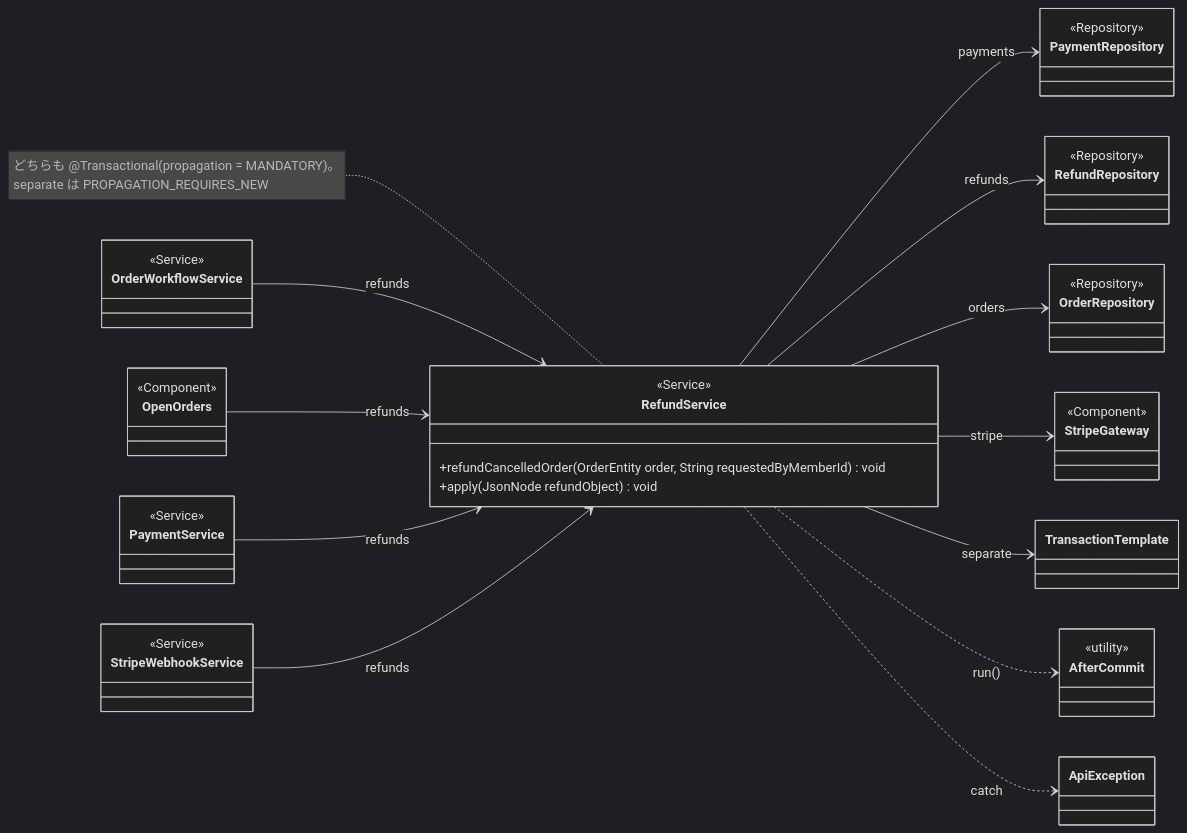
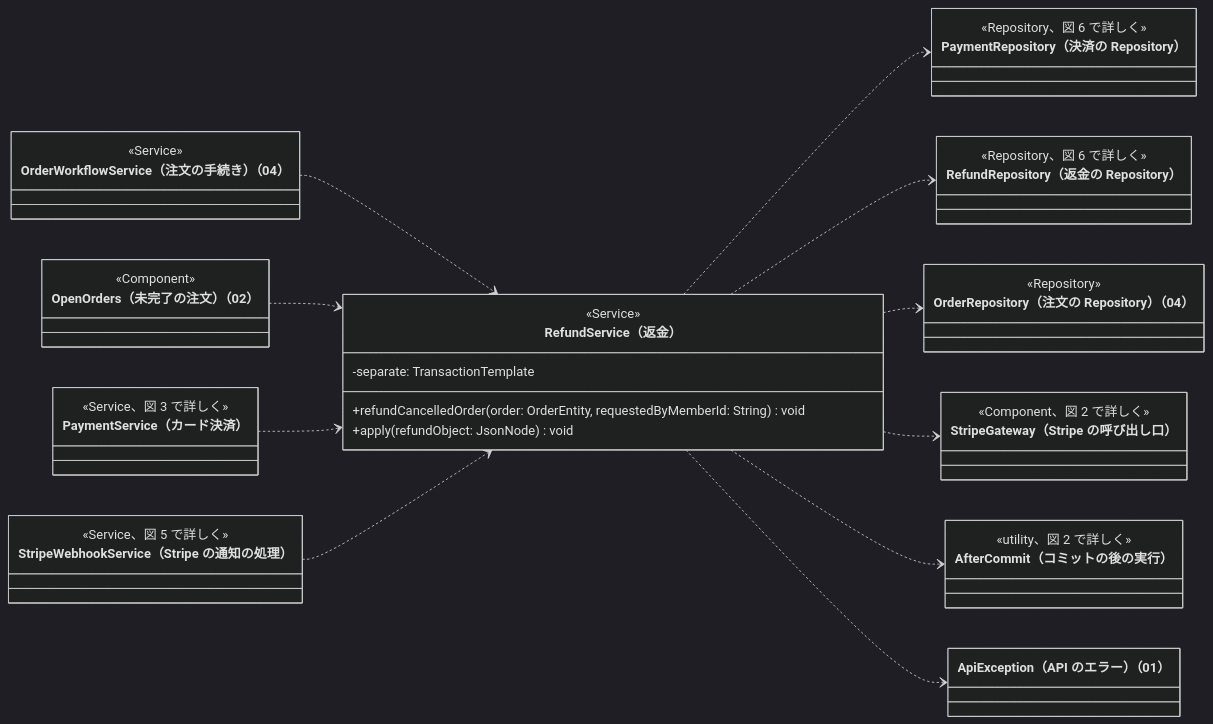
One commit to abeouga/kusakari-document changed the fourth of 6 diagrams in クラス図/kusakari-ec/05_決済.md. Above: the diagram before and after it, drawn with Mermaid (dark theme). The commit also changed other lines of this file and 87 other files, not shown here.

Commit message:
EC のクラス図に全体図を足し、詳細図をデータとモジュールの図に分けて書き直す

````diff
--- a/クラス図/kusakari-ec/05_決済.md
+++ b/クラス図/kusakari-ec/05_決済.md
@@ -276,52 +313,49 @@
 ```mermaid
 classDiagram
-  direction LR
-  class RefundService {
-    <<Service>>
-    +refundCancelledOrder(OrderEntity order, String requestedByMemberId) void
-    +apply(JsonNode refundObject) void
-  }
-  class PaymentRepository {
-    <<Repository>>
-  }
-  class RefundRepository {
-    <<Repository>>
-  }
-  class StripeGateway {
-    <<Component>>
-  }
-  class AfterCommit {
-    <<utility>>
-  }
-  class OrderRepository {
-    <<Repository>>
-  }
-  class TransactionTemplate
-  class OrderWorkflowService {
-    <<Service>>
-  }
-  class OpenOrders {
-    <<Component>>
-  }
-  class PaymentService {
-    <<Service>>
-  }
-  class StripeWebhookService {
-    <<Service>>
-  }
-  class ApiException
+    direction LR
+    class OrderWorkflowService["OrderWorkflowService（注文の手続き）（04）"] {
+        <<Service>>
+    }
+    class OpenOrders["OpenOrders（未完了の注文）（02）"] {
+        <<Component>>
+    }
+    class PaymentService["PaymentService（カード決済）"] {
+        <<Service、図 3 で詳しく>>
+    }
+    class StripeWebhookService["StripeWebhookService（Stripe の通知の処理）"] {
+        <<Service、図 5 で詳しく>>
+    }
+    class RefundService["RefundService（返金）"] {
+        <<Service>>
+        -separate: TransactionTemplate
+        +refundCancelledOrder(order: OrderEntity, requestedByMemberId: String) void
+        +apply(refundObject: JsonNode) void
+    }
+    class PaymentRepository["PaymentRepository（決済の Repository）"] {
+        <<Repository、図 6 で詳しく>>
+    }
+    class RefundRepository["RefundRepository（返金の Repository）"] {
+        <<Repository、図 6 で詳しく>>
+    }
+    class OrderRepository["OrderRepository（注文の Repository）（04）"] {
+        <<Repository>>
+    }
+    class StripeGateway["StripeGateway（Stripe の呼び出し口）"] {
+        <<Component、図 2 で詳しく>>
+    }
+    class AfterCommit["AfterCommit（コミットの後の実行）"] {
+        <<utility、図 2 で詳しく>>
+    }
+    class ApiException["ApiException（API のエラー）（01）"]
 
-  RefundService --> PaymentRepository : payments
-  RefundService --> RefundRepository : refunds
-  RefundService --> OrderRepository : orders
-  RefundService --> StripeGateway : stripe
-  RefundService --> TransactionTemplate : separate
-  RefundService ..> AfterCommit : run()
-  RefundService ..> ApiException : catch
-  OrderWorkflowService --> RefundService : refunds
-  OpenOrders --> RefundService : refunds
-  PaymentService --> RefundService : refunds
-  StripeWebhookService --> RefundService : refunds
-
-  note for RefundService "どちらも @Transactional(propagation = MANDATORY)。<br/>separate は PROPAGATION_REQUIRES_NEW"
+    OrderWorkflowService ..> RefundService
+    OpenOrders ..> RefundService
+    PaymentService ..> RefundService
+    StripeWebhookService ..> RefundService
+    RefundService ..> PaymentRepository
+    RefundService ..> RefundRepository
+    RefundService ..> OrderRepository
+    RefundService ..> StripeGateway
+    RefundService ..> AfterCommit
+    RefundService ..> ApiException
 ```
````
